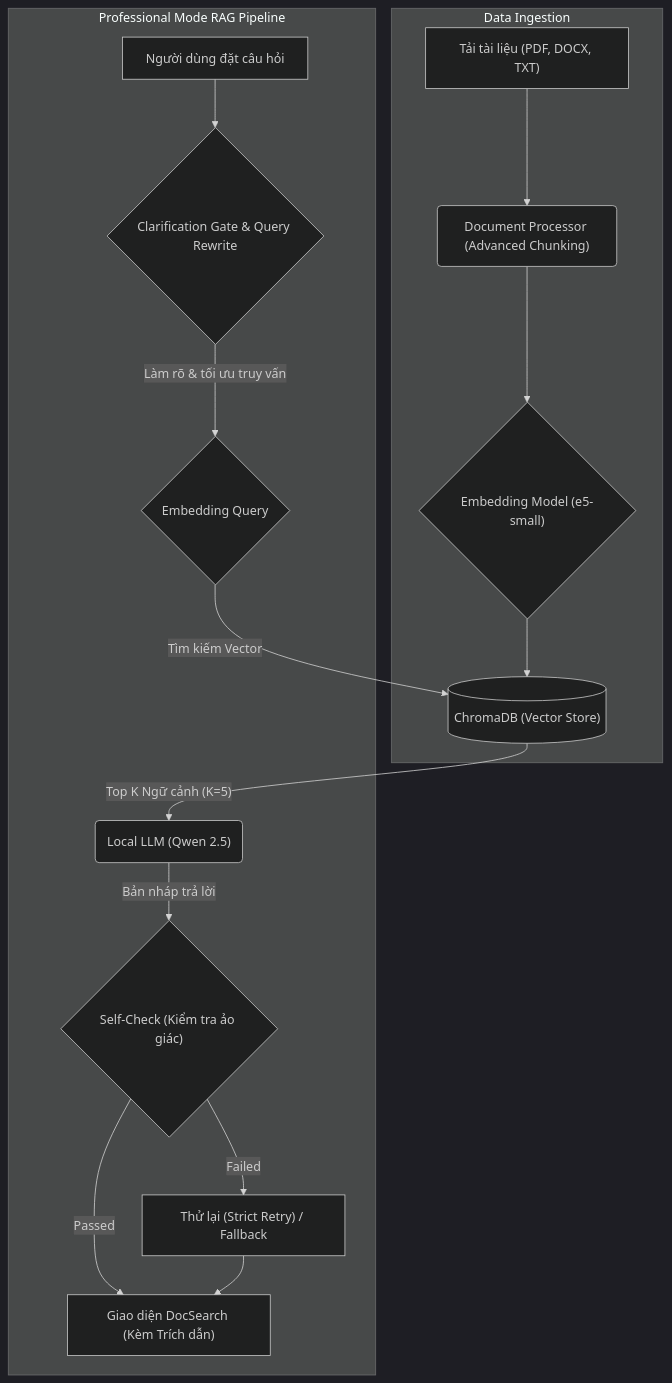
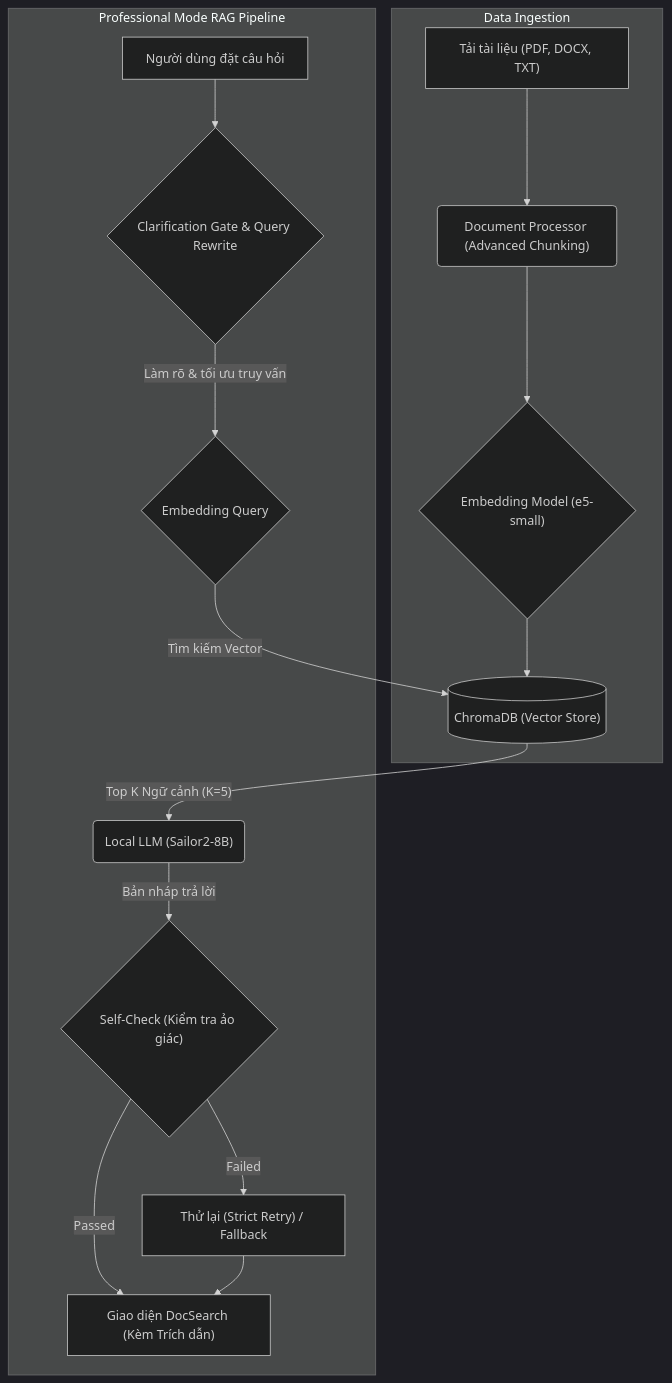
Before and after one commit to Visin-8386/chatbot: the diagram in README.md, drawn with Mermaid (dark theme). The commit also changed other lines of this file and 3 other files, not shown here.

First line of the commit message:
feat(llm): default to Sailor2-8B-Chat Q4_K_S GGUF (safe 6GB VRAM)

````diff
--- a/README.md
+++ b/README.md
@@ -51,19 +51,19 @@
 ```mermaid
 graph TD;
     subgraph "Data Ingestion"
         A["Tải tài liệu (PDF, DOCX, TXT)"] --> B("Document Processor (Advanced Chunking)");
         B --> C{"Embedding Model (e5-small)"};
         C --> D[("ChromaDB (Vector Store)")];
     end
     
     subgraph "Professional Mode RAG Pipeline"
         E["Người dùng đặt câu hỏi"] --> Q{"Clarification Gate & Query Rewrite"};
         Q -->|"Làm rõ & tối ưu truy vấn"| F{"Embedding Query"};
         F -->|"Tìm kiếm Vector"| D;
-        D -->|"Top K Ngữ cảnh (K=5)"| G("Local LLM (Qwen 2.5)");
+        D -->|"Top K Ngữ cảnh (K=5)"| G("Local LLM (Sailor2-8B)");
         G -->|"Bản nháp trả lời"| S{"Self-Check (Kiểm tra ảo giác)"};
         S -->|"Passed"| H["Giao diện DocSearch (Kèm Trích dẫn)"];
         S -->|"Failed"| R["Thử lại (Strict Retry) / Fallback"];
         R --> H;
     end
 ```
````
